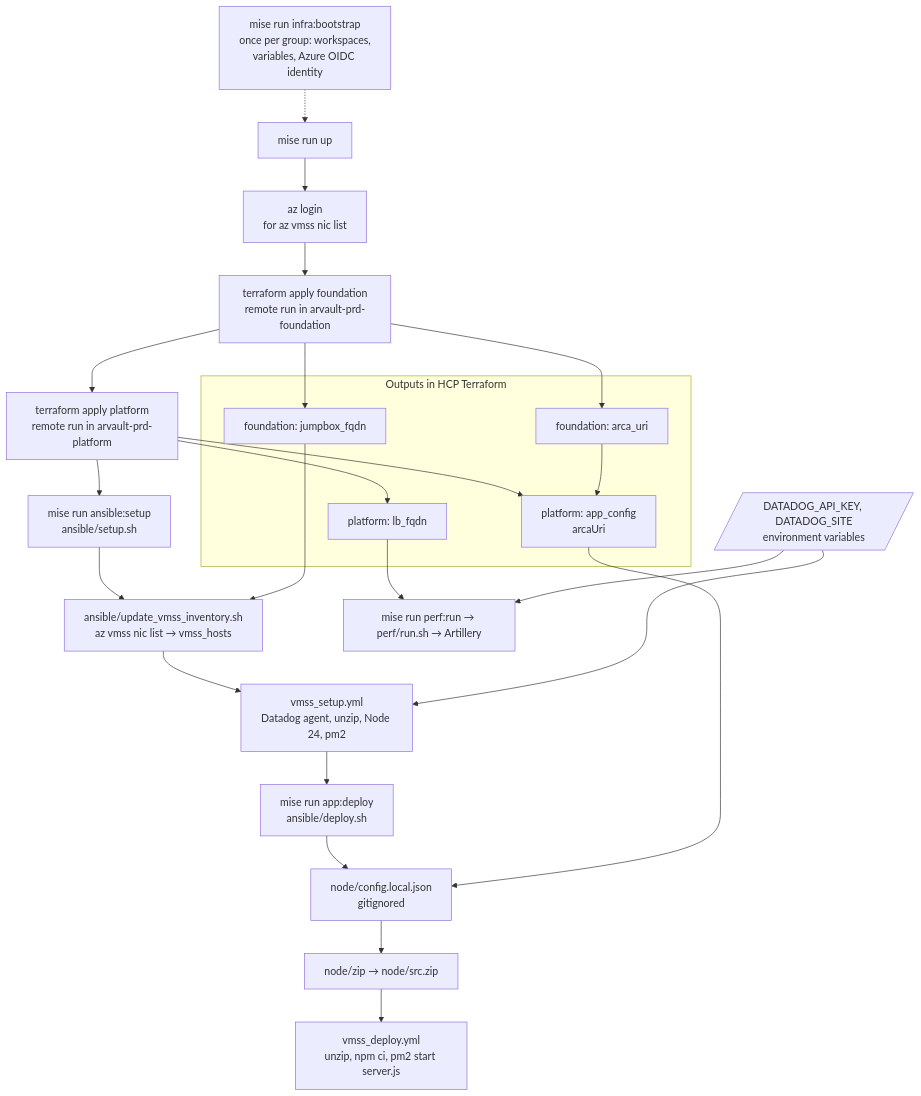
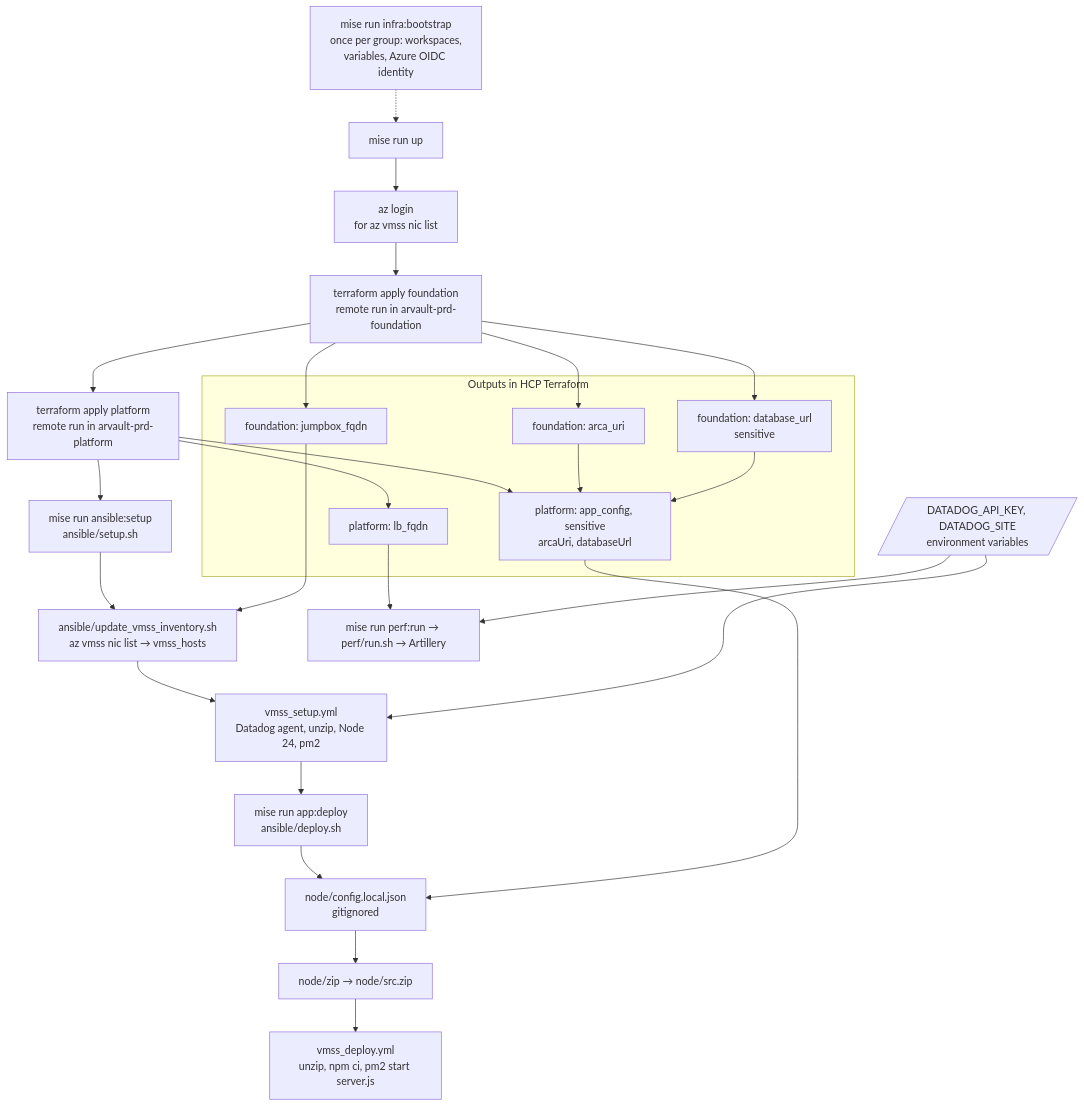
The third of 3 diagrams in docs/infra/overview.md (tcorzo/fiuba-2026C2-arq-tp2), drawn with Mermaid before and after one commit. The commit also changed other lines of this file and 13 other files, not shown here.

````diff
--- a/docs/infra/overview.md
+++ b/docs/infra/overview.md
@@ -158,41 +172,42 @@
 ```mermaid
 flowchart TD
     boot[mise run infra:bootstrap<br/>once per group: workspaces,<br/>variables, Azure OIDC identity]
     start[mise run up]
     login[az login<br/>for az vmss nic list]
     applyf[terraform apply foundation<br/>remote run in arvault-prd-foundation]
     apply[terraform apply platform<br/>remote run in arvault-prd-platform]
 
     boot -.-> start
     start --> login --> applyf --> apply
 
     subgraph outputs["Outputs in HCP Terraform"]
         jb[foundation: jumpbox_fqdn]
         arca[foundation: arca_uri]
+        dburl[foundation: database_url<br/>sensitive]
         lbo[platform: lb_fqdn]
-        appcfg[platform: app_config<br/>arcaUri]
+        appcfg[platform: app_config, sensitive<br/>arcaUri, databaseUrl]
     end
 
-    applyf --> jb & arca
+    applyf --> jb & arca & dburl
     apply --> lbo & appcfg
-    arca --> appcfg
+    arca & dburl --> appcfg
 
     setup[mise run ansible:setup<br/>ansible/setup.sh]
     inv[ansible/update_vmss_inventory.sh<br/>az vmss nic list → vmss_hosts]
     pbsetup[vmss_setup.yml<br/>Datadog agent, unzip, Node 24, pm2]
     ddkey[/DATADOG_API_KEY, DATADOG_SITE<br/>environment variables/]
     deploy[mise run app:deploy<br/>ansible/deploy.sh]
     cfg[node/config.local.json<br/>gitignored]
     zip[node/zip → node/src.zip]
     pbdeploy[vmss_deploy.yml<br/>unzip, npm ci, pm2 start server.js]
 
     apply --> setup --> inv --> pbsetup
     jb --> inv
     ddkey --> pbsetup
     pbsetup --> deploy --> cfg --> zip --> pbdeploy
     appcfg --> cfg
 
     perf[mise run perf:run → perf/run.sh → Artillery]
     lbo --> perf
     ddkey --> perf
 ```
````
